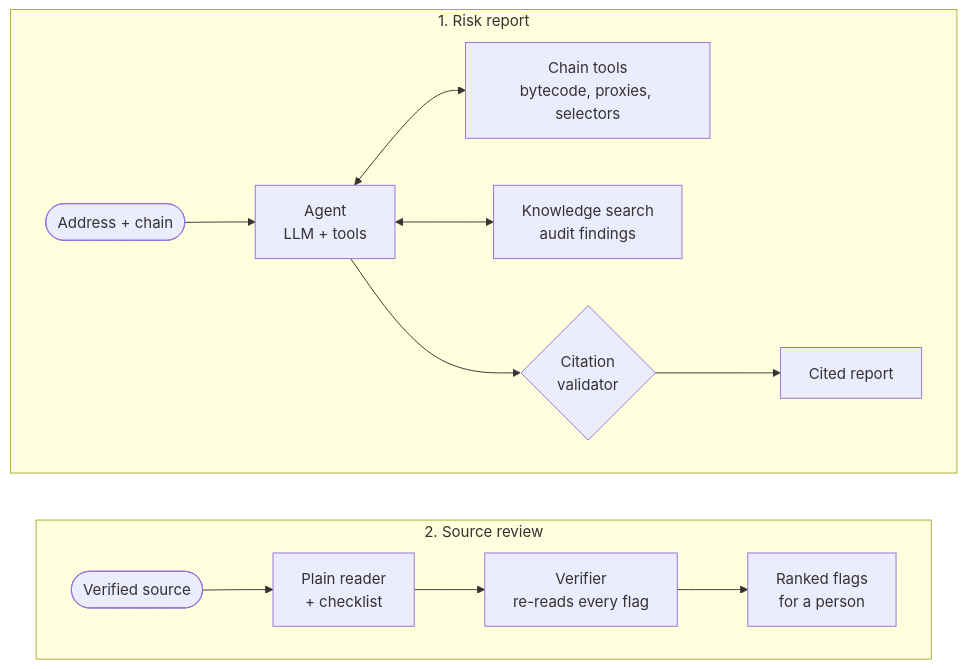
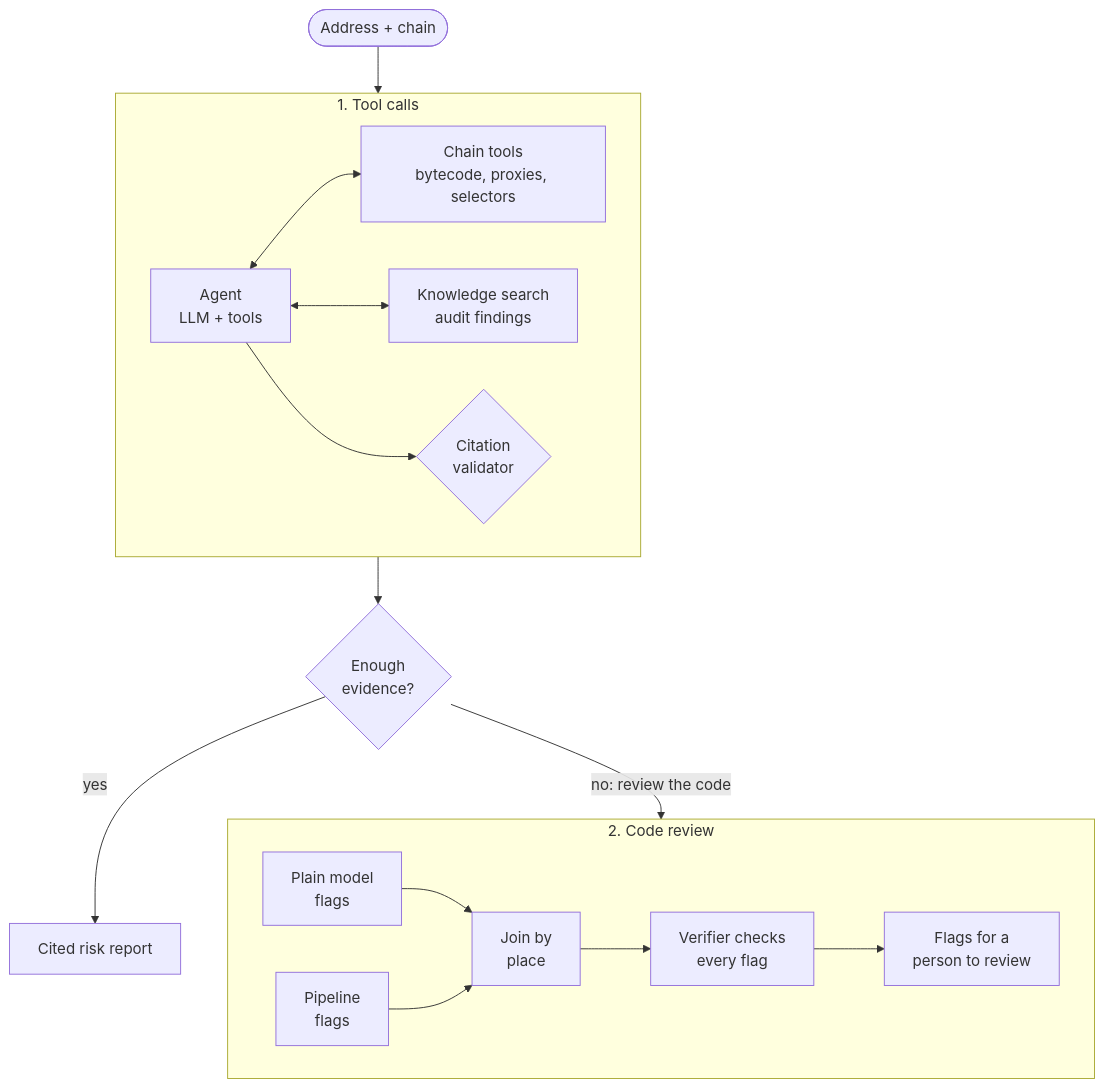
The diagram in README.md (Aryaan082/contract-analyzer), drawn with Mermaid before and after one commit. The commit also changed other lines of this file, not shown here.

````diff
--- a/README.md
+++ b/README.md
@@ -23,16 +46,19 @@
 ```mermaid
 flowchart TB
-    subgraph R["1. Risk report"]
+    Q(["Address + chain"]) --> T
+    subgraph T["1. Tool calls"]
         direction LR
-        Q(["Address + chain"]) --> A["Agent<br/>LLM + tools"]
-        A <--> F["Chain tools<br/>bytecode, proxies, selectors"]
+        A["Agent<br/>LLM + tools"] <--> F["Chain tools<br/>bytecode, proxies, selectors"]
         A <--> K["Knowledge search<br/>audit findings"]
         A --> V{"Citation<br/>validator"}
-        V --> O["Cited report"]
     end
-    subgraph S["2. Source review"]
+    V --> E{"Enough<br/>evidence?"}
+    E -- yes --> O["Cited risk report"]
+    E -- "no: review the code" --> R
+    subgraph R["2. Code review"]
         direction LR
-        C(["Verified source"]) --> P["Plain reader<br/>+ checklist"] --> W["Verifier<br/>re-reads every flag"] --> H["Ranked flags<br/>for a person"]
+        P["Plain model<br/>flags"] --> M["Join by<br/>place"]
+        L["Pipeline<br/>flags"] --> M
+        M --> W["Verifier checks<br/>every flag"] --> H["Flags for a<br/>person to review"]
     end
-    R ~~~ S
 ```
````
